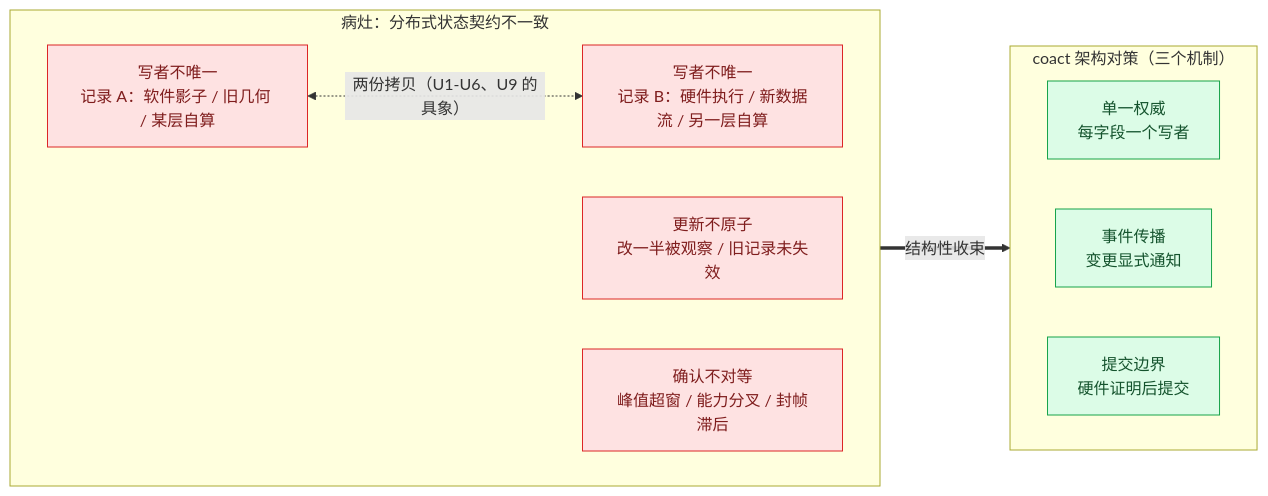
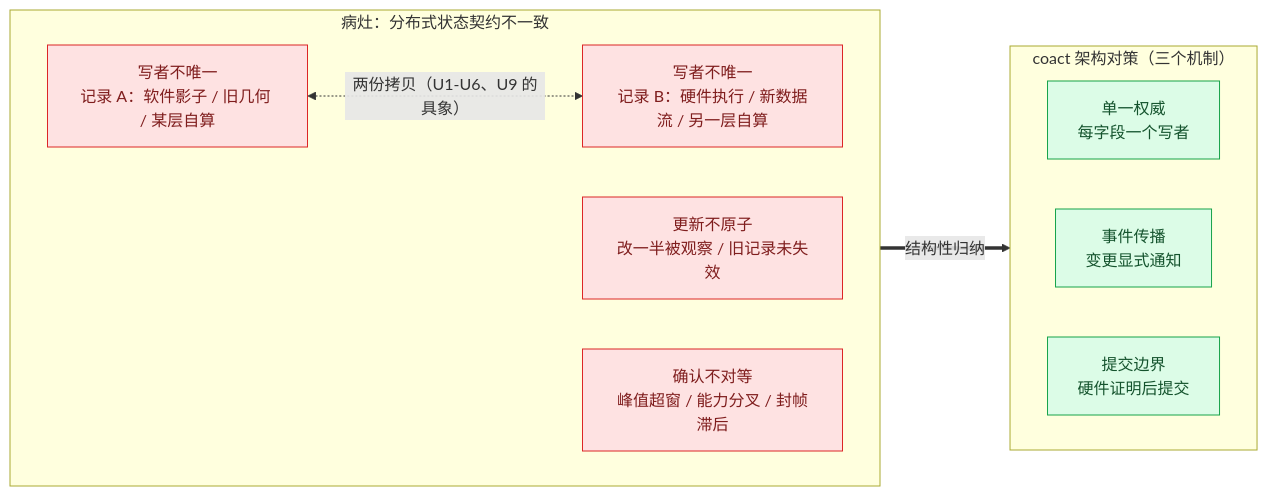
The second of 15 diagrams in docs/example_ISP_pipeline_design_consistency_avoidance_zh.md (DeguiLiu/coact), drawn with Mermaid before and after one commit. The commit also changed other lines of this file and 8 other files, not shown here.

````diff
--- a/docs/example_ISP_pipeline_design_consistency_avoidance_zh.md
+++ b/docs/example_ISP_pipeline_design_consistency_avoidance_zh.md
@@ -39,20 +63,20 @@
 ```mermaid
 flowchart LR
     subgraph PROBLEM["病灶：分布式状态契约不一致"]
         direction LR
         A1["写者不唯一<br/>记录 A：软件影子 / 旧几何 / 某层自算"]:::bad
         A2["写者不唯一<br/>记录 B：硬件执行 / 新数据流 / 另一层自算"]:::bad
         A3["更新不原子<br/>改一半被观察 / 旧记录未失效"]:::bad
         A4["确认不对等<br/>峰值超窗 / 能力分叉 / 封帧滞后"]:::bad
         A1 <-.->|"两份拷贝（U1-U6、U9 的具象）"| A2
     end
     subgraph ANSWER["coact 架构对策（三个机制）"]
         direction LR
         B1["单一权威<br/>每字段一个写者"]:::ok
         B2["事件传播<br/>变更显式通知"]:::ok
         B3["提交边界<br/>硬件证明后提交"]:::ok
     end
-    PROBLEM ==>|"结构性收束"| ANSWER
+    PROBLEM ==>|"结构性归纳"| ANSWER
     classDef bad fill:#fee2e2,stroke:#dc2626,color:#7f1d1d
     classDef ok fill:#dcfce7,stroke:#16a34a,color:#14532d
 ```
````
